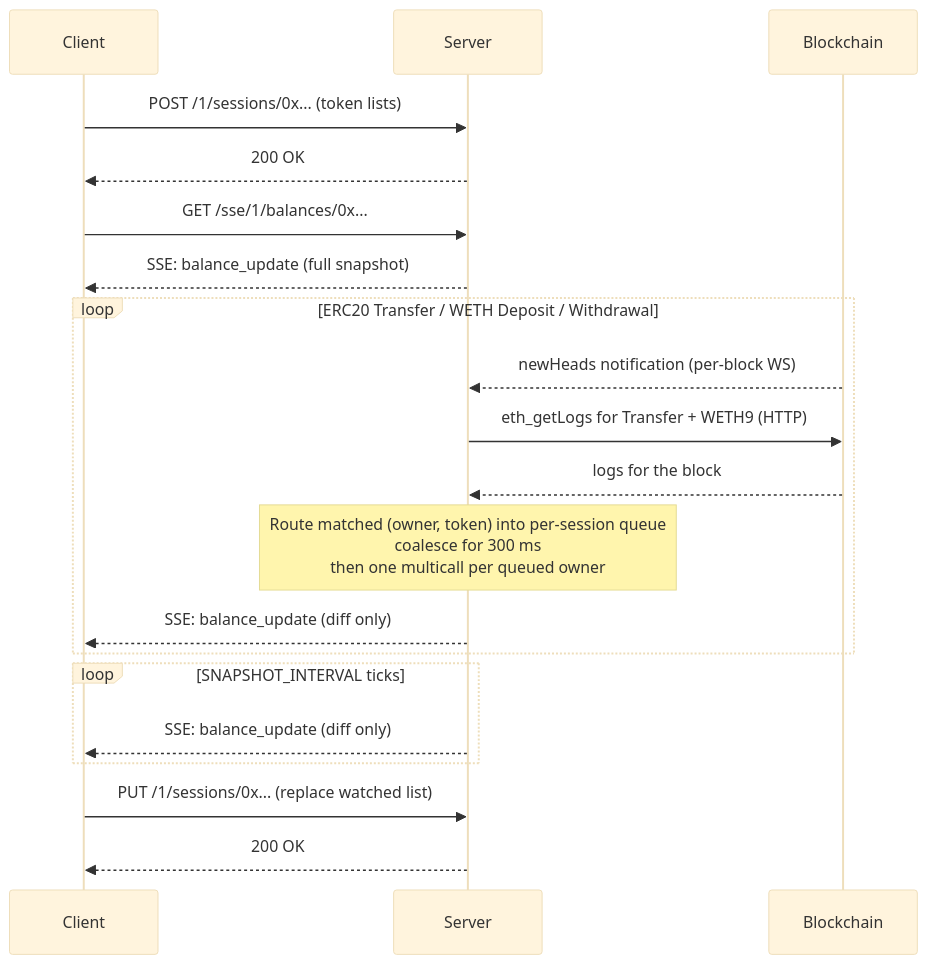
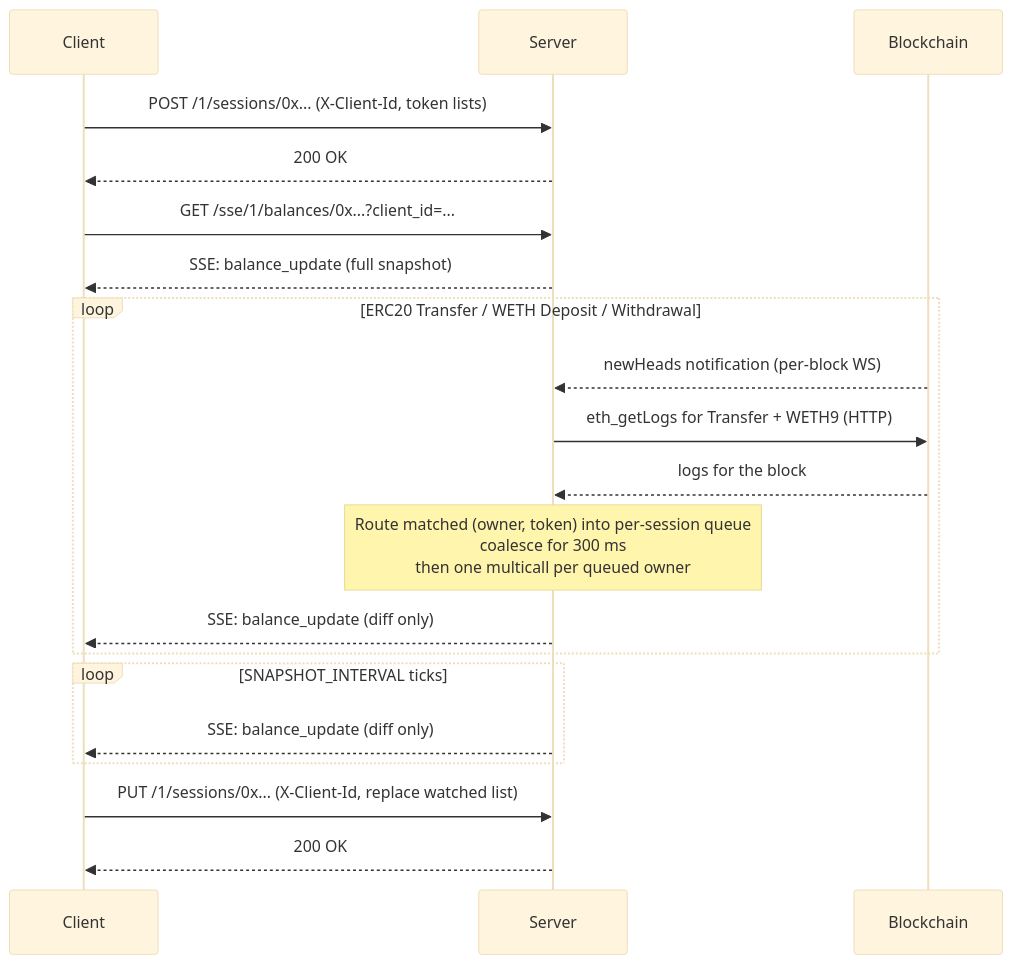
One commit to cowprotocol/balances-watcher changed the first of 2 diagrams in README.md. Above: the diagram before and after it, drawn with Mermaid (base theme). The commit also changed other lines of this file and 15 other files, not shown here.

````diff
--- a/README.md
+++ b/README.md
@@ -197,27 +228,27 @@
 ```mermaid
 sequenceDiagram
     participant Client
     participant Server
     participant Blockchain
 
-    Client->>Server: POST /1/sessions/0x... (token lists)
+    Client->>Server: POST /1/sessions/0x... (X-Client-Id, token lists)
     Server-->>Client: 200 OK
 
-    Client->>Server: GET /sse/1/balances/0x...
+    Client->>Server: GET /sse/1/balances/0x...?client_id=...
     Server-->>Client: SSE: balance_update (full snapshot)
 
     loop ERC20 Transfer / WETH Deposit / Withdrawal
         Blockchain-->>Server: newHeads notification (per-block WS)
         Server->>Blockchain: eth_getLogs for Transfer + WETH9 (HTTP)
         Blockchain-->>Server: logs for the block
         Note over Server: Route matched (owner, token) into per-session queue<br/>coalesce for 300 ms<br/>then one multicall per queued owner
         Server-->>Client: SSE: balance_update (diff only)
     end
 
     loop SNAPSHOT_INTERVAL ticks
         Server-->>Client: SSE: balance_update (diff only)
     end
 
-    Client->>Server: PUT /1/sessions/0x... (replace watched list)
+    Client->>Server: PUT /1/sessions/0x... (X-Client-Id, replace watched list)
     Server-->>Client: 200 OK
 ```
````
